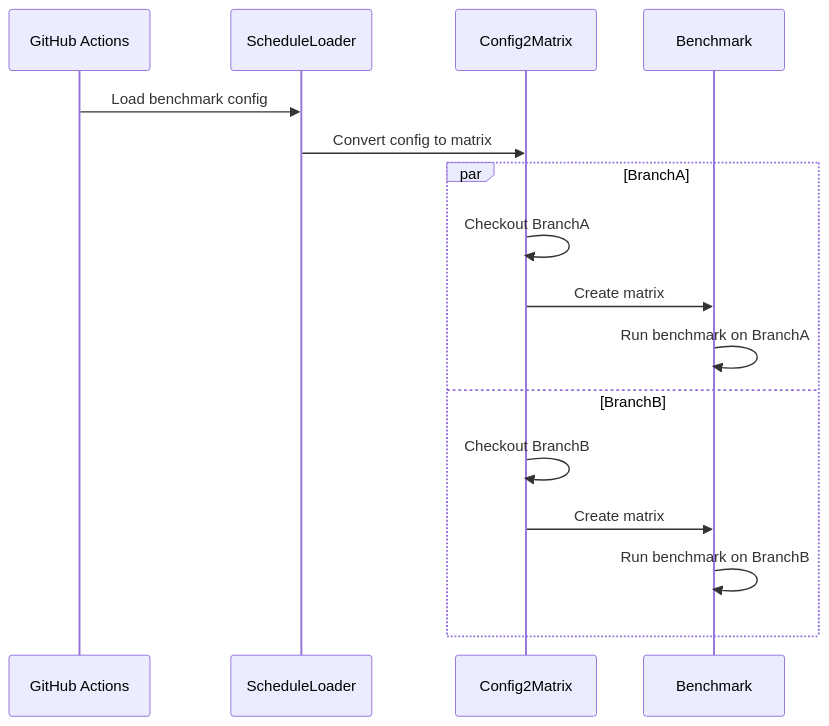
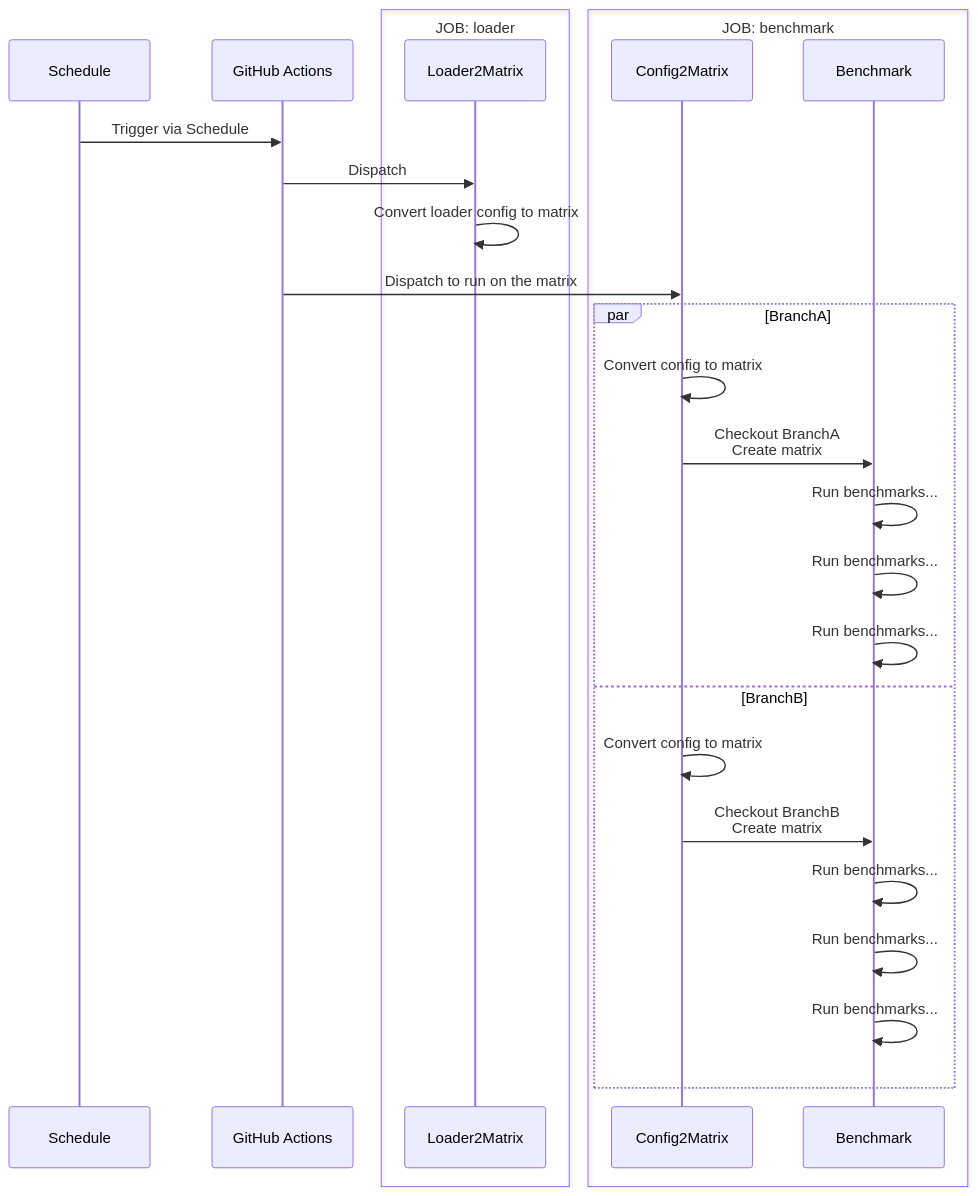
One commit to Cysharp/Actions changed the second of 2 diagrams in .github/scripts/tests/README.md. Above: the diagram before and after it, drawn with Mermaid. The commit also changed other lines of this file and 1 other file, not shown here.

Commit message:
doc: refine architecture of benchmark

````diff
--- a/.github/scripts/tests/README.md
+++ b/.github/scripts/tests/README.md
@@ -23,19 +34,30 @@
 ```mermaid
 sequenceDiagram
+    participant trigger as Schedule
     participant gha as GitHub Actions
-    participant loader as ScheduleLoader
-    participant config2matrix as Config2Matrix
-    participant benchmark as Benchmark
+    box JOB: loader
+      participant loader2matrix as Loader2Matrix
+    end
+    box JOB: benchmark
+      participant config2matrix as Config2Matrix
+      participant benchmark as Benchmark
+    end
 
-    gha->>loader: Load benchmark config
-    loader->>config2matrix: Convert config to matrix
+    trigger->>gha: Trigger via Schedule
+    gha->>loader2matrix: Dispatch
+    loader2matrix->>loader2matrix: Convert loader config to matrix
+    gha->>config2matrix: Dispatch to run on the matrix
     par BranchA
-      config2matrix->>config2matrix: Checkout BranchA
-      config2matrix->>benchmark: Create matrix
-      benchmark->>benchmark: Run benchmark on BranchA
+      config2matrix->>config2matrix: Convert config to matrix
+      config2matrix->>benchmark: Checkout BranchA <br/> Create matrix
+      benchmark->>benchmark: Run benchmarks...
+      benchmark->>benchmark: Run benchmarks...
+      benchmark->>benchmark: Run benchmarks...
     and BranchB
-      config2matrix->>config2matrix: Checkout BranchB
-      config2matrix->>benchmark: Create matrix
-      benchmark->>benchmark: Run benchmark on BranchB
+      config2matrix->>config2matrix: Convert config to matrix
+      config2matrix->>benchmark: Checkout BranchB <br/> Create matrix
+      benchmark->>benchmark: Run benchmarks...
+      benchmark->>benchmark: Run benchmarks...
+      benchmark->>benchmark: Run benchmarks...
     end
 ```
````
